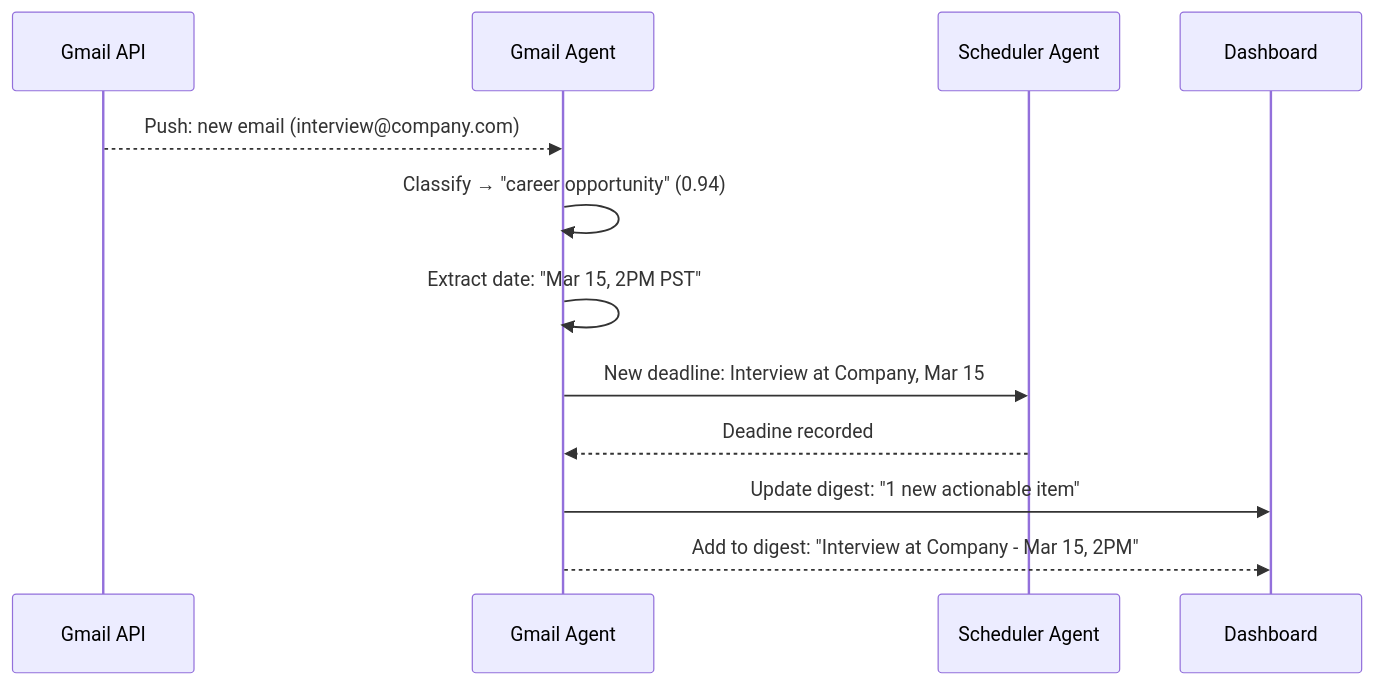
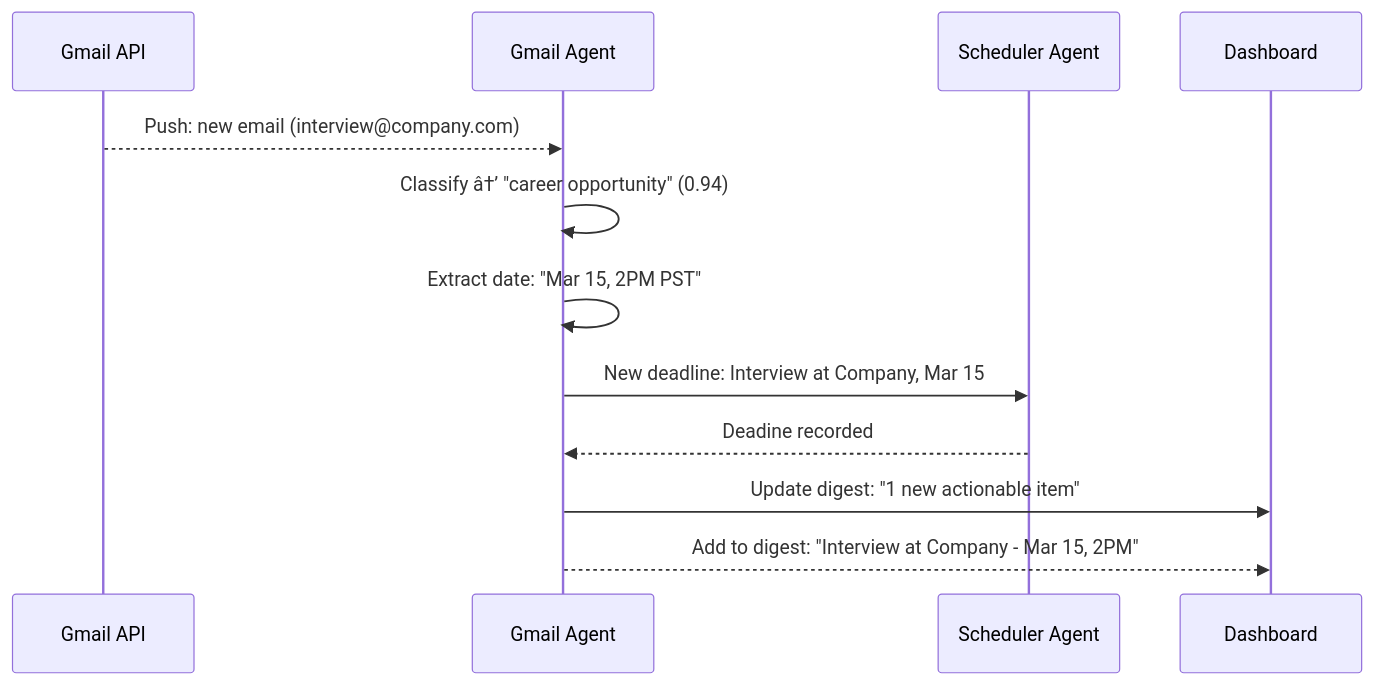
The second of 2 diagrams in Docs/Product/Feature-Specs/Gmail-Digest.md (Driftloom/Vaeloom), drawn with Mermaid before and after one commit. The commit also changed other lines of this file and 249 other files, not shown here.

````diff
--- a/Docs/Product/Feature-Specs/Gmail-Digest.md
+++ b/Docs/Product/Feature-Specs/Gmail-Digest.md
@@ -205,15 +205,15 @@
 ```mermaid
 sequenceDiagram
     participant G as Gmail API
     participant GA as Gmail Agent
     participant SA as Scheduler Agent
     participant D as Dashboard
 
     G-->>GA: Push: new email (interview@company.com)
-    GA->>GA: Classify → "career opportunity" (0.94)
+    GA->>GA: Classify â†’ "career opportunity" (0.94)
     GA->>GA: Extract date: "Mar 15, 2PM PST"
     GA->>SA: New deadline: Interview at Company, Mar 15
     SA-->>GA: Deadine recorded
     GA->>D: Update digest: "1 new actionable item"
     GA-->>D: Add to digest: "Interview at Company - Mar 15, 2PM"
 ```
````
